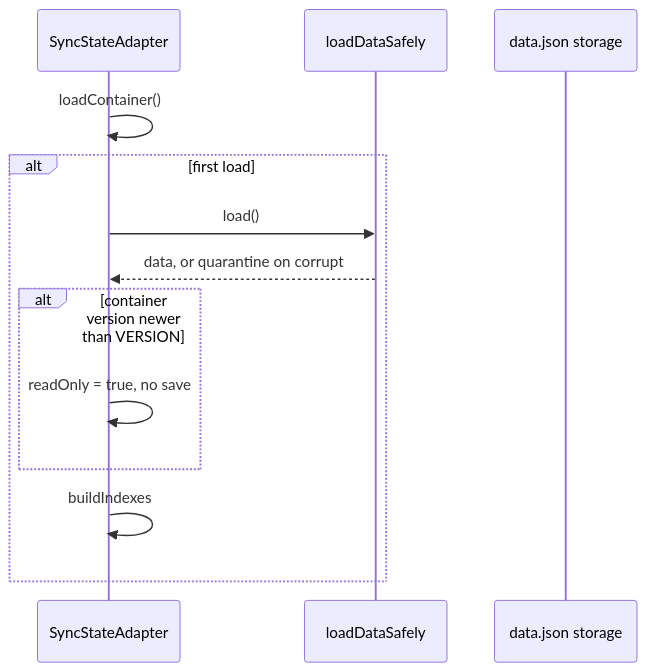
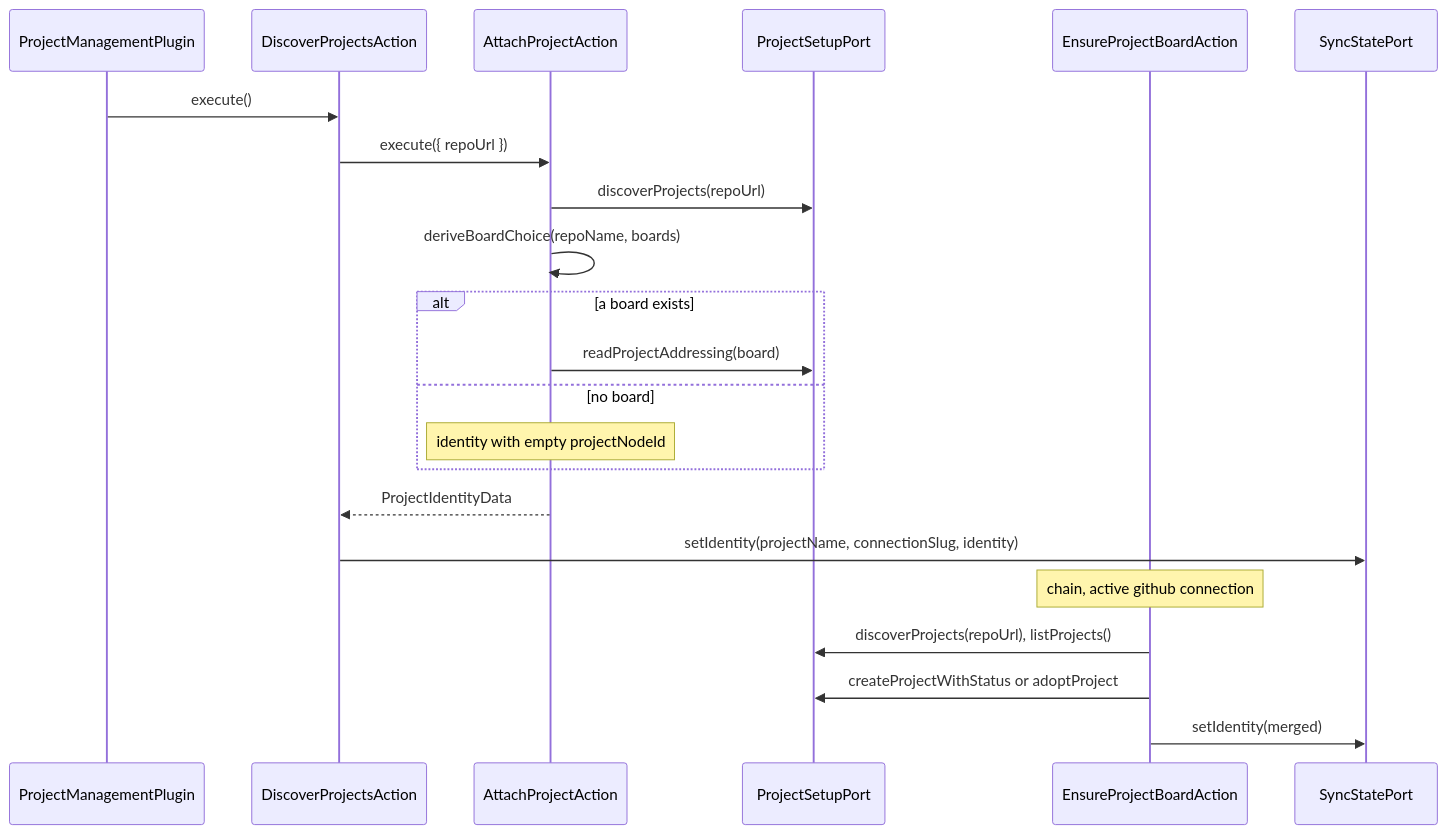
Diagram 18 of 18 in docs/developer-manual.md (99linesofcode/obsidian-project-management), drawn with Mermaid before and after one commit. The commit also changed other lines of this file and 1 other file, not shown here.

First line of the commit message:
docs: rewrite the manual and architecture for the multi-adapter core

````diff
--- a/docs/developer-manual.md
+++ b/docs/developer-manual.md
@@ -869,16 +827,25 @@
 ```mermaid
 sequenceDiagram
-  participant A as SyncStateAdapter
-  participant L as loadDataSafely
-  participant S as data.json storage
+  participant P as ProjectManagementPlugin
+  participant D as DiscoverProjectsAction
+  participant A as AttachProjectAction
+  participant Setup as ProjectSetupPort
+  participant Ens as EnsureProjectBoardAction
+  participant SS as SyncStatePort
 
-  A->>A: loadContainer()
-  alt first load
-    A->>L: load()
-    L-->>A: data, or quarantine on corrupt
-    alt container version newer than VERSION
-      A->>A: readOnly = true, no save
-    end
-    A->>A: buildIndexes
+  P->>D: execute()
+  D->>A: execute({ repoUrl })
+  A->>Setup: discoverProjects(repoUrl)
+  A->>A: deriveBoardChoice(repoName, boards)
+  alt a board exists
+    A->>Setup: readProjectAddressing(board)
+  else no board
+    Note over A: identity with empty projectNodeId
   end
+  A-->>D: ProjectIdentityData
+  D->>SS: setIdentity(projectName, connectionSlug, identity)
+  Note over Ens: chain, active github connection
+  Ens->>Setup: discoverProjects(repoUrl), listProjects()
+  Ens->>Setup: createProjectWithStatus or adoptProject
+  Ens->>SS: setIdentity(merged)
 ```
````
